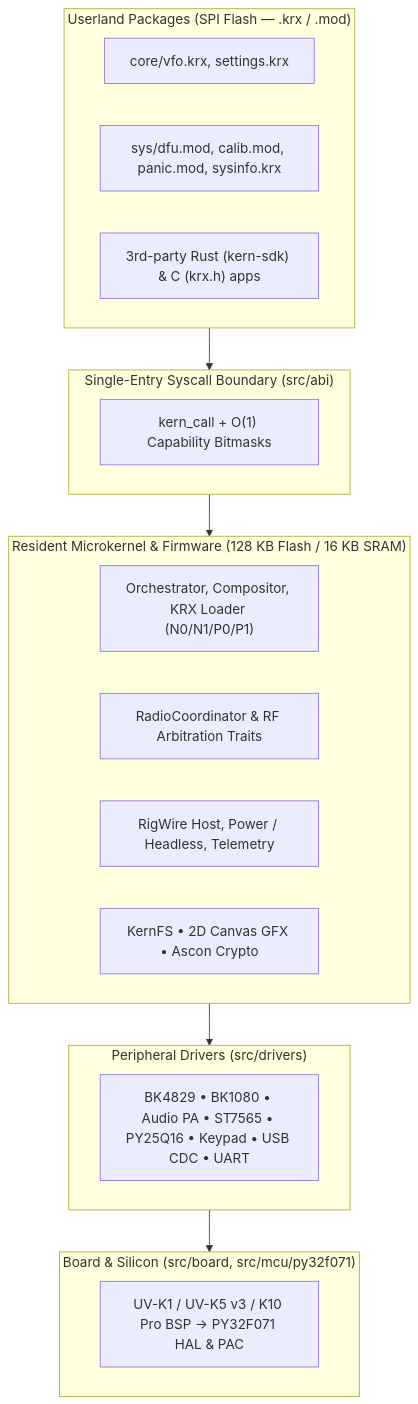
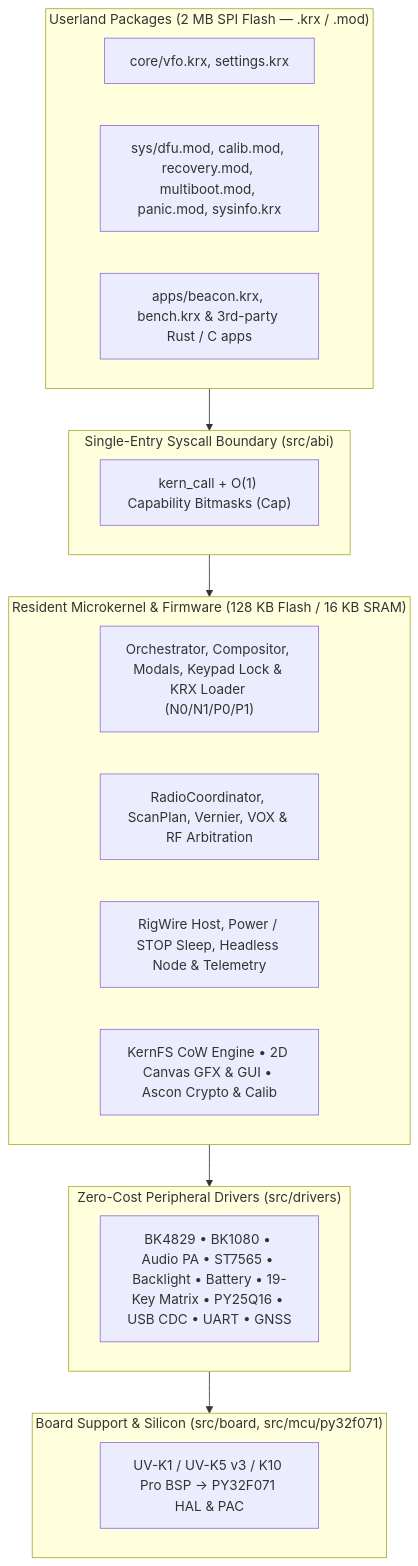
The diagram in README.md (qshosfw/kern), drawn with Mermaid before and after one commit. The commit also changed other lines of this file, not shown here.

````diff
--- a/README.md
+++ b/README.md
@@ -486,29 +573,29 @@
 ```mermaid
 flowchart TB
-    subgraph Userland["Userland Packages (SPI Flash — .krx / .mod)"]
+    subgraph Userland["Userland Packages (2 MB SPI Flash — .krx / .mod)"]
         U1["core/vfo.krx, settings.krx"]
-        U2["sys/dfu.mod, calib.mod, panic.mod, sysinfo.krx"]
-        U3["3rd-party Rust (kern-sdk) & C (krx.h) apps"]
+        U2["sys/dfu.mod, calib.mod, recovery.mod, multiboot.mod, panic.mod, sysinfo.krx"]
+        U3["apps/beacon.krx, bench.krx &amp; 3rd-party Rust / C apps"]
     end
 
     subgraph ABI["Single-Entry Syscall Boundary (src/abi)"]
-        A1["kern_call + O(1) Capability Bitmasks"]
+        A1["kern_call + O(1) Capability Bitmasks (Cap)"]
     end
 
-    subgraph Kernel["Resident Microkernel & Firmware (128 KB Flash / 16 KB SRAM)"]
-        K1["Orchestrator, Compositor, KRX Loader (N0/N1/P0/P1)"]
-        K2["RadioCoordinator & RF Arbitration Traits"]
-        K3["RigWire Host, Power / Headless, Telemetry"]
-        K4["KernFS • 2D Canvas GFX • Ascon Crypto"]
+    subgraph Kernel["Resident Microkernel &amp; Firmware (128 KB Flash / 16 KB SRAM)"]
+        K1["Orchestrator, Compositor, Modals, Keypad Lock &amp; KRX Loader (N0/N1/P0/P1)"]
+        K2["RadioCoordinator, ScanPlan, Vernier, VOX &amp; RF Arbitration"]
+        K3["RigWire Host, Power / STOP Sleep, Headless Node &amp; Telemetry"]
+        K4["KernFS CoW Engine • 2D Canvas GFX &amp; GUI • Ascon Crypto &amp; Calib"]
     end
 
-    subgraph Drivers["Peripheral Drivers (src/drivers)"]
-        D1["BK4829 • BK1080 • Audio PA • ST7565 • PY25Q16 • Keypad • USB CDC • UART"]
+    subgraph Drivers["Zero-Cost Peripheral Drivers (src/drivers)"]
+        D1["BK4829 • BK1080 • Audio PA • ST7565 • Backlight • Battery • 19-Key Matrix • PY25Q16 • USB CDC • UART • GNSS"]
     end
 
-    subgraph Hardware["Board & Silicon (src/board, src/mcu/py32f071)"]
-        S1["UV-K1 / UV-K5 v3 / K10 Pro BSP → PY32F071 HAL & PAC"]
+    subgraph Hardware["Board Support &amp; Silicon (src/board, src/mcu/py32f071)"]
+        S1["UV-K1 / UV-K5 v3 / K10 Pro BSP → PY32F071 HAL &amp; PAC"]
     end
 
     Userland --> ABI --> Kernel --> Drivers --> Hardware
 ```
````
